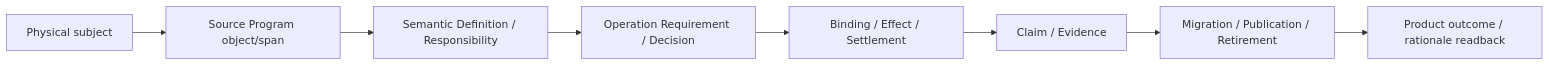
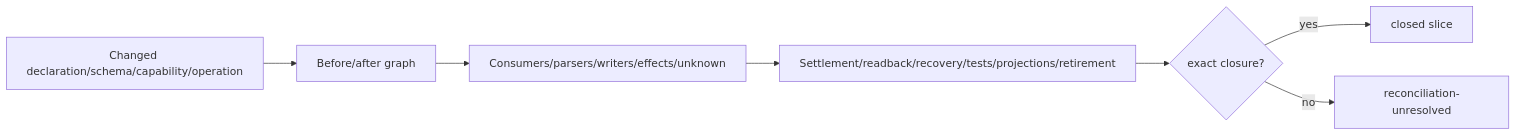
Before and after one commit to sec-platform/sec: diagram 13 of 14 in docs/system-architecture.md, drawn with Mermaid. The commit also changed other lines of this file and 14 other files, not shown here.

````diff
--- a/docs/system-architecture.md
+++ b/docs/system-architecture.md
@@ -632,10 +731,9 @@
 ```mermaid
 flowchart LR
-  P[Physical subject] --> S[Source Program object/span]
-  S --> D[Semantic Definition / Responsibility]
-  D --> O[Operation Requirement / Decision]
-  O --> B[Binding / Effect / Settlement]
-  B --> V[Claim / Evidence]
-  V --> M[Migration / Publication / Retirement]
-  M --> U[Product outcome / rationale readback]
+  D[Changed declaration/schema/capability/operation] --> G[Before/after graph]
+  G --> C[Consumers/parsers/writers/effects/unknown]
+  C --> R[Settlement/readback/recovery/tests/projections/retirement]
+  R --> Q{exact closure?}
+  Q -->|yes| T[closed slice]
+  Q -->|no| U[reconciliation-unresolved]
 ```
````
